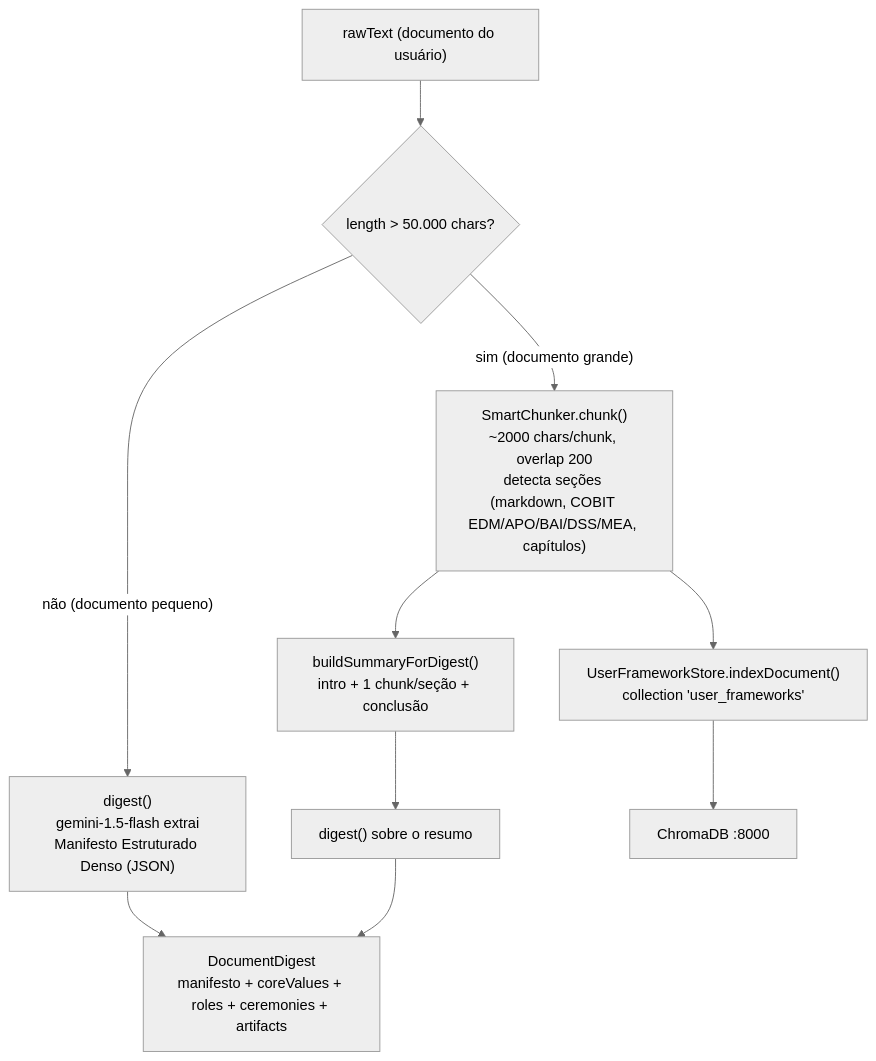
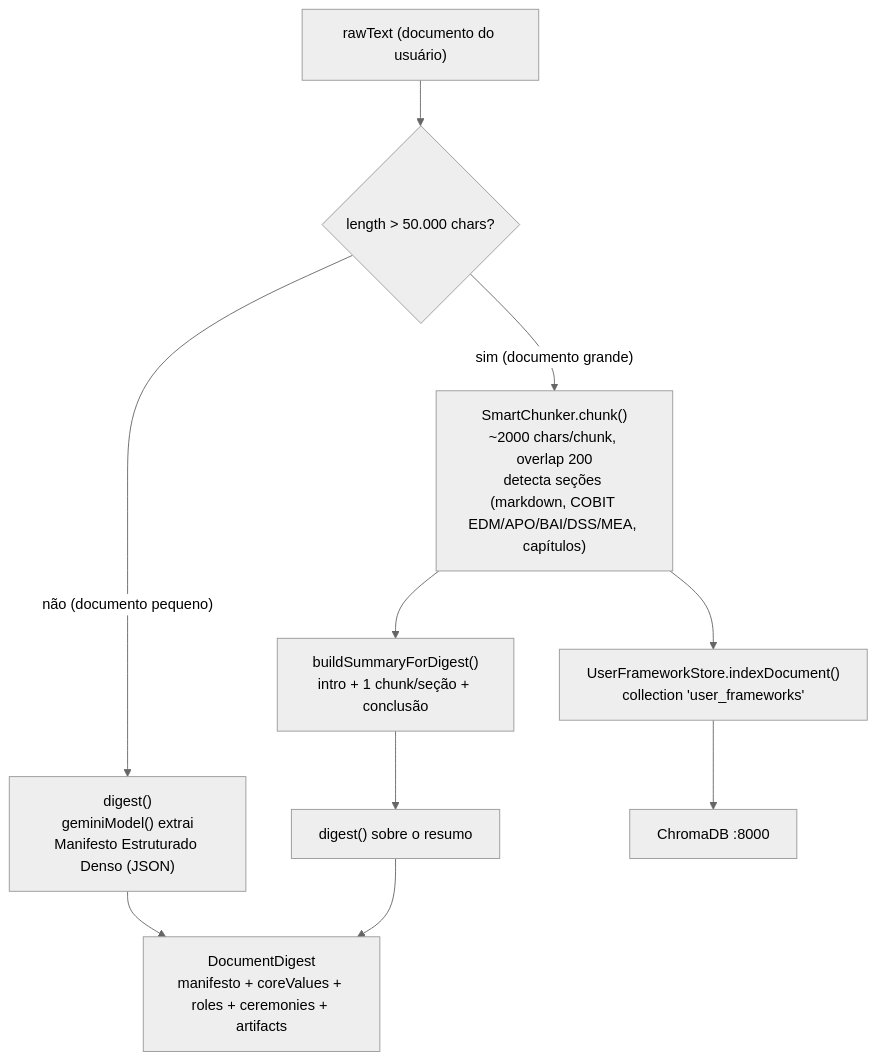
One commit to andrecodexvictor/Frame-sim changed the fifth of 8 diagrams in ARCHITECTURE.md. Above: the diagram before and after it, drawn with Mermaid (neutral theme). The commit also changed other lines of this file and 5 other files, not shown here.

````diff
--- a/ARCHITECTURE.md
+++ b/ARCHITECTURE.md
@@ -231,12 +244,12 @@
 ```mermaid
 flowchart TD
     Raw["rawText (documento do usuário)"] --> Size{"length > 50.000 chars?"}
-    Size -->|"não (documento pequeno)"| Digest["digest()<br/>gemini-1.5-flash extrai<br/>Manifesto Estruturado Denso (JSON)"]
+    Size -->|"não (documento pequeno)"| Digest["digest()<br/>geminiModel() extrai<br/>Manifesto Estruturado Denso (JSON)"]
     Size -->|"sim (documento grande)"| Chunk["SmartChunker.chunk()<br/>~2000 chars/chunk, overlap 200<br/>detecta seções (markdown, COBIT EDM/APO/BAI/DSS/MEA, capítulos)"]
     Chunk --> Summary["buildSummaryForDigest()<br/>intro + 1 chunk/seção + conclusão"]
     Summary --> Digest2["digest() sobre o resumo"]
     Chunk --> Index["UserFrameworkStore.indexDocument()<br/>collection 'user_frameworks'"]
     Index --> ChromaU["ChromaDB :8000"]
     Digest --> Out["DocumentDigest<br/>manifesto + coreValues + roles + ceremonies + artifacts"]
     Digest2 --> Out
 ```
````
